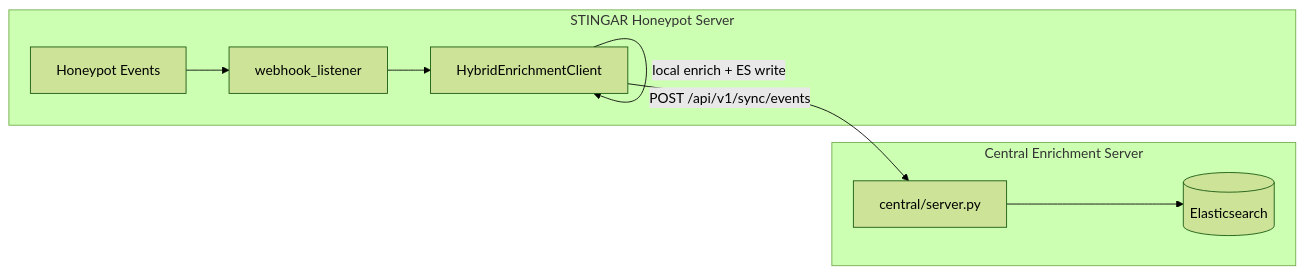
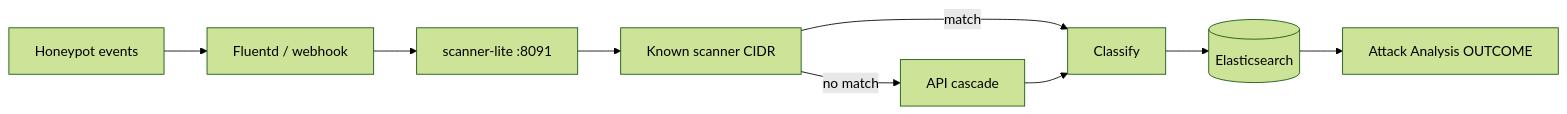
The diagram in README.md (Rudhmilaa/threat-intel-agent), drawn with Mermaid (forest theme) before and after one commit. The commit also changed other lines of this file and 3 other files, not shown here.

First line of the commit message:
Document scanner-lite for stakeholders and refresh README.

````diff
--- a/README.md
+++ b/README.md
@@ -69,17 +65,11 @@
 ```mermaid
 flowchart LR
-    subgraph StingarNode["STINGAR Honeypot Server"]
-        HP[Honeypot Events]
-        WH[webhook_listener]
-        HEC[HybridEnrichmentClient]
-    end
-
-    subgraph Central["Central Enrichment Server"]
-        API[central/server.py]
-        ES[(Elasticsearch)]
-    end
-
-    HP --> WH --> HEC
-    HEC -->|"local enrich + ES write"| HEC
-    HEC -->|"POST /api/v1/sync/events"| API --> ES
+    HP[Honeypot events] --> FD[Fluentd / webhook]
+    FD --> SL[scanner-lite :8091]
+    SL --> CSV[Known scanner CIDR]
+    CSV -->|match| OUT[Classify]
+    CSV -->|no match| API[API cascade]
+    API --> OUT
+    OUT --> ES[(Elasticsearch)]
+    ES --> UI[Attack Analysis OUTCOME]
 ```
````
